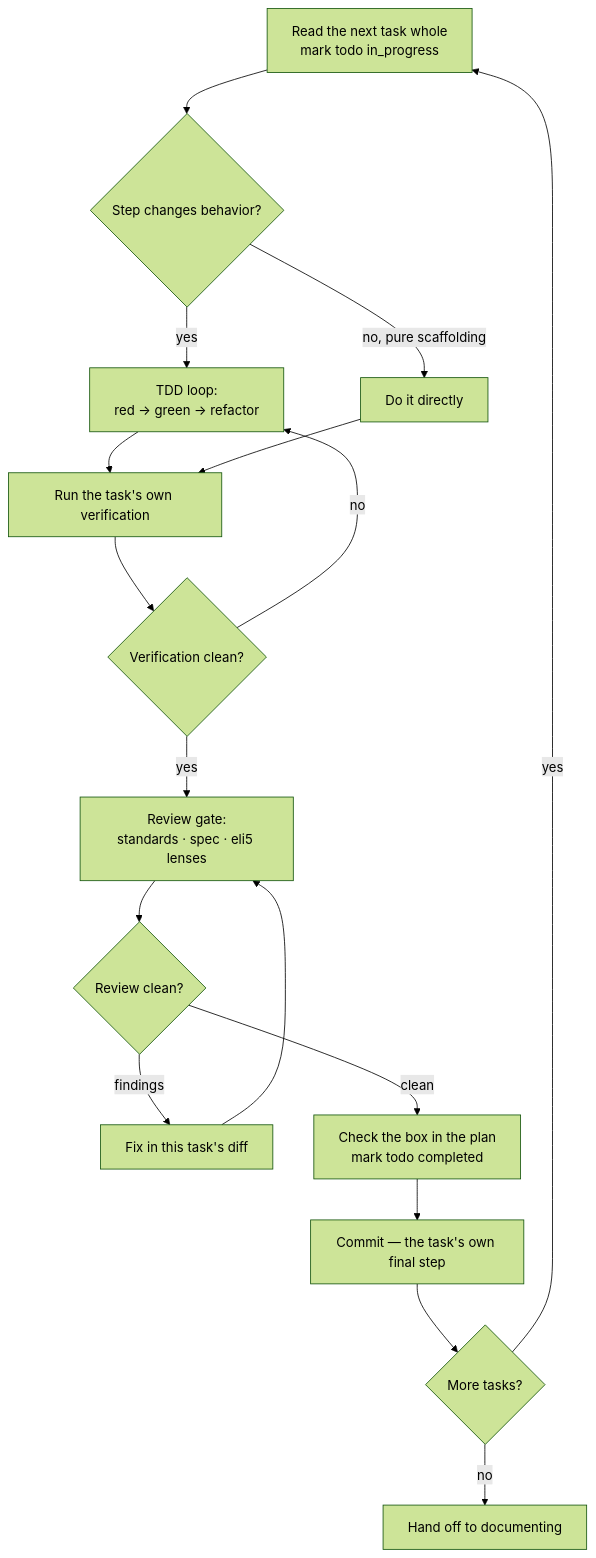
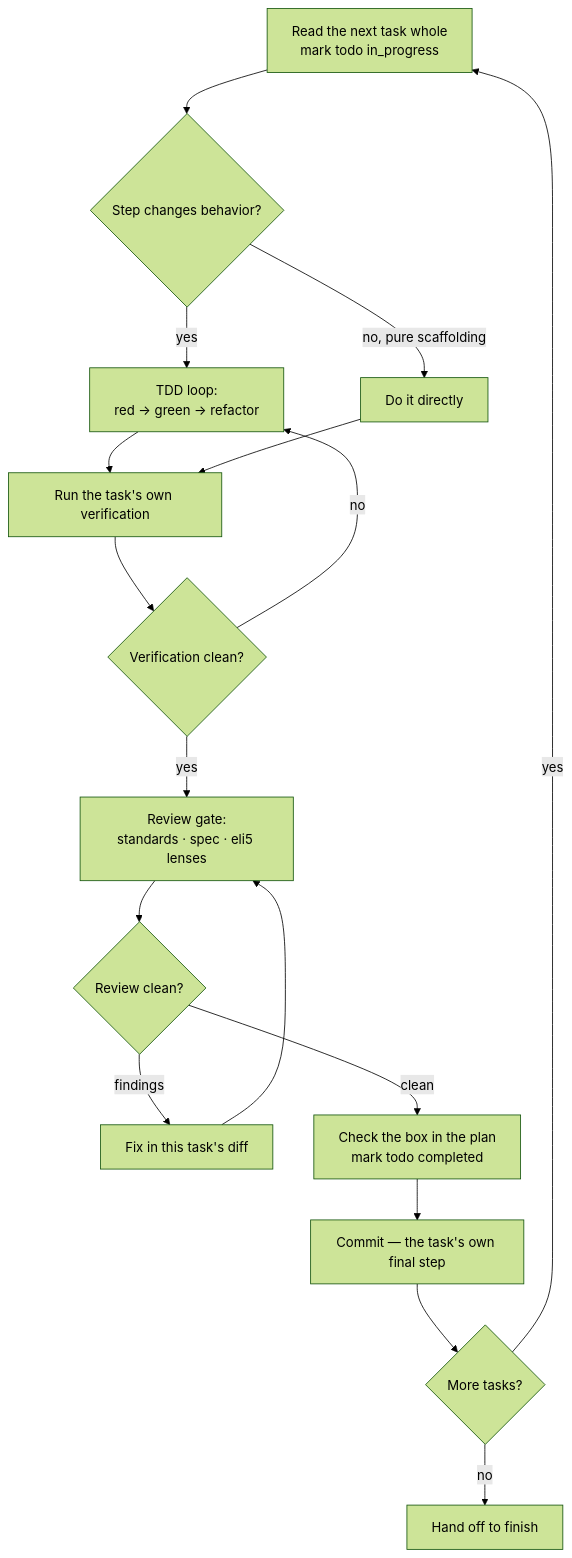
The diagram in docs/pipeline/build/README.md (dashworthy/engineering), drawn with Mermaid (forest theme) before and after one commit. The commit also changed other lines of this file and 33 other files, not shown here.

````diff
--- a/docs/pipeline/build/README.md
+++ b/docs/pipeline/build/README.md
@@ -19,18 +19,18 @@
 ```mermaid
 flowchart TD
     A[Read the next task whole<br/>mark todo in_progress] --> B{Step changes behavior?}
     B -->|yes| C[TDD loop:<br/>red → green → refactor]
     B -->|no, pure scaffolding| D[Do it directly]
     C --> E[Run the task's own verification]
     D --> E
     E --> F{Verification clean?}
     F -->|no| C
     F -->|yes| G[Review gate:<br/>standards · spec · eli5 lenses]
     G --> H{Review clean?}
     H -->|findings| I[Fix in this task's diff] --> G
     H -->|clean| J[Check the box in the plan<br/>mark todo completed]
     J --> K[Commit — the task's own final step]
     K --> L{More tasks?}
     L -->|yes| A
-    L -->|no| M[Hand off to documenting]
+    L -->|no| M[Hand off to finish]
 ```
````
